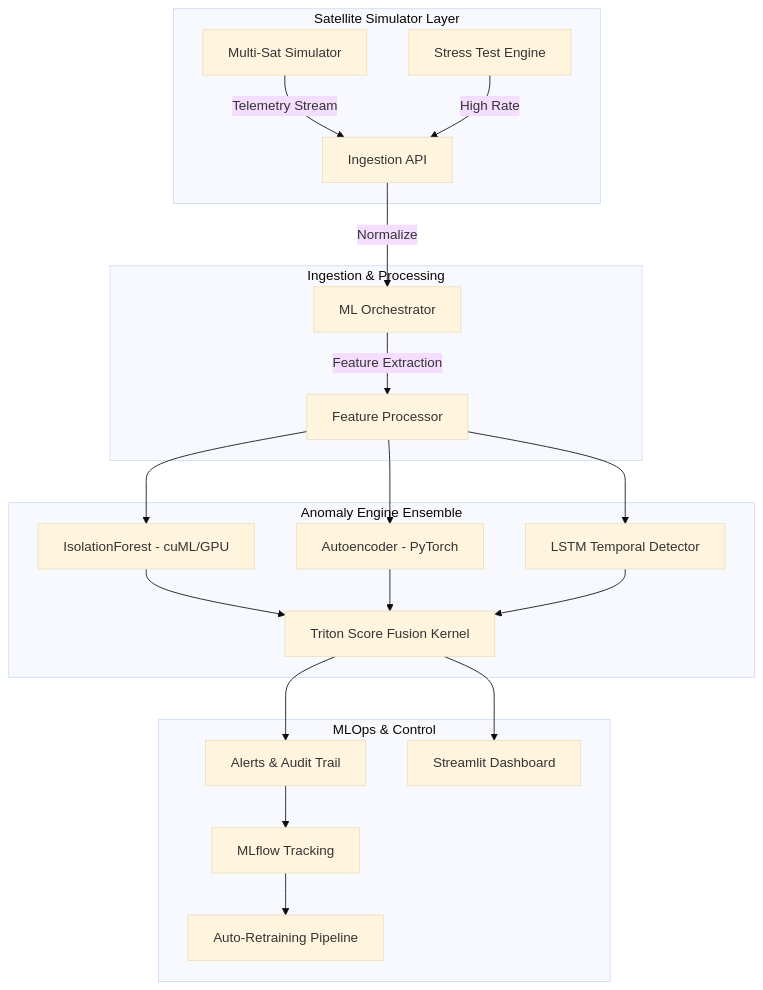
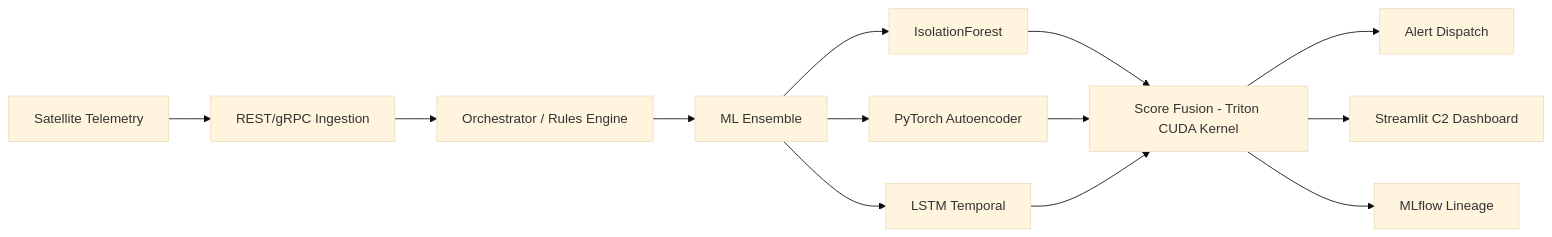
Before and after one commit to Rhutvik-pachghare1999/orbit-Q: the diagram in README.md, drawn with Mermaid (base theme). The commit also changed other lines of this file, not shown here.

````diff
--- a/README.md
+++ b/README.md
@@ -32,26 +51,15 @@
 ```mermaid
-graph TD
-    subgraph "Satellite Simulator Layer"
-        SIM[Multi-Sat Simulator] -->|Telemetry Stream| ING[Ingestion API]
-        STRESS[Stress Test Engine] -->|High Rate| ING
-    end
-
-    subgraph "Ingestion & Processing"
-        ING -->|Normalize| ORCH[ML Orchestrator]
-        ORCH -->|Feature Extraction| PROC[Feature Processor]
-    end
-
-    subgraph "Anomaly Engine Ensemble"
-        PROC --> IF[IsolationForest - cuML/GPU]
-        PROC --> AE[Autoencoder - PyTorch]
-        PROC --> LSTM[LSTM Temporal Detector]
-        IF & AE & LSTM --> FUSE[Triton Score Fusion Kernel]
-    end
-
-    subgraph "MLOps & Control"
-        FUSE --> ALERTS[Alerts & Audit Trail]
-        FUSE --> DASH[Streamlit Dashboard]
-        ALERTS --> MLF[MLflow Tracking]
-        MLF --> RETRAIN[Auto-Retraining Pipeline]
-    end
+graph LR
+    A[Satellite Telemetry] --> B[REST/gRPC Ingestion]
+    B --> C[Orchestrator / Rules Engine]
+    C --> D[ML Ensemble]
+    D --> E[IsolationForest]
+    D --> F[PyTorch Autoencoder]
+    D --> G[LSTM Temporal]
+    E --> H[Score Fusion - Triton CUDA Kernel]
+    F --> H
+    G --> H
+    H --> I[Alert Dispatch]
+    H --> J[Streamlit C2 Dashboard]
+    H --> K[MLflow Lineage]
 ```
````
